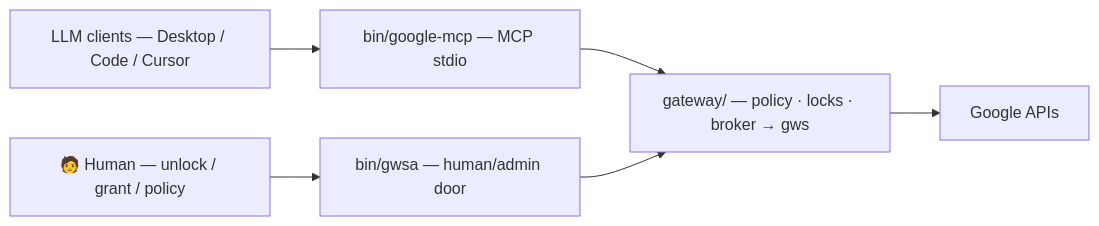
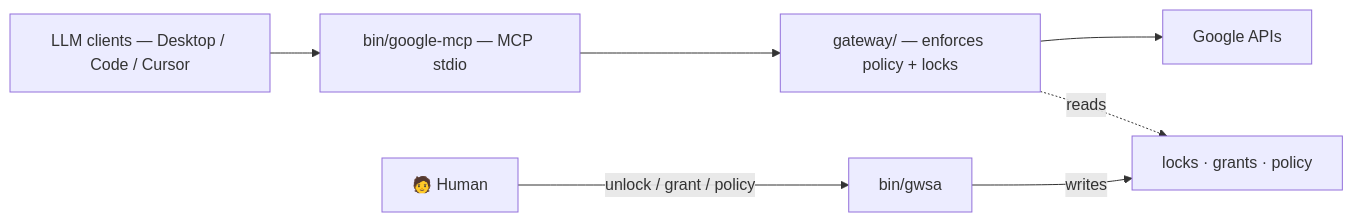
Before and after one commit to elzinko/google-mcp-multi-account: the diagram in README.md, drawn with Mermaid. The commit also changed other lines of this file and 3 other files, not shown here.

First line of the commit message:
docs: revue Codex + gwsa add <alias> <email> + rendu mermaid du site

````diff
--- a/README.md
+++ b/README.md
@@ -67,11 +67,13 @@
 ```mermaid
 flowchart LR
-    USER["🧑 Human — unlock / grant / policy"]
+    USER["🧑 Human"]
     LLM["LLM clients — Desktop / Code / Cursor"]
     MCP["bin/google-mcp — MCP stdio"]
-    GW["gateway/ — policy · locks · broker → gws"]
-    GWSA["bin/gwsa — human/admin door"]
+    GW["gateway/ — enforces policy + locks"]
+    STATE["locks · grants · policy"]
+    GWSA["bin/gwsa"]
     GOOGLE["Google APIs"]
     LLM --> MCP --> GW --> GOOGLE
-    USER --> GWSA --> GW
+    GW -.->|reads| STATE
+    USER -->|unlock / grant / policy| GWSA -->|writes| STATE
 ```
````
